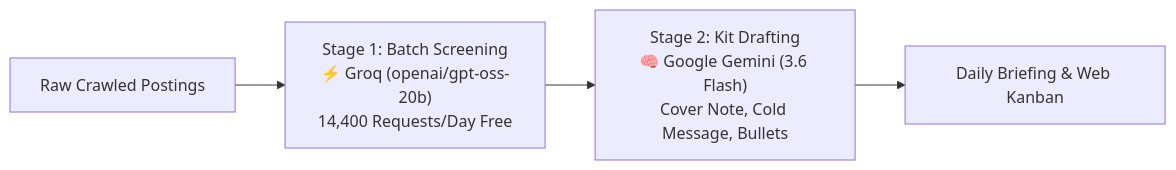
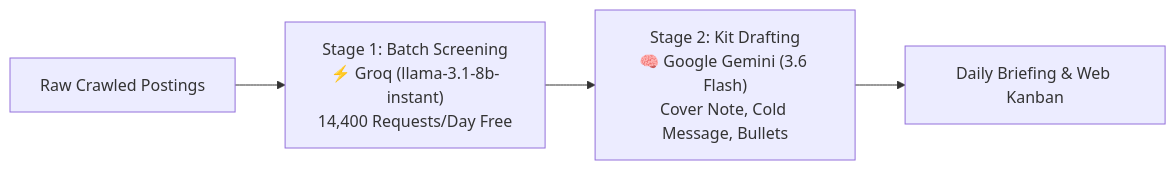
The diagram in README.md (tanish-jain-225/job-hunter), drawn with Mermaid before and after one commit. The commit also changed other lines of this file and 6 other files, not shown here.

Commit message:
fix(providers): update default Groq screening model to official llama-3.1-8b-instant

````diff
--- a/README.md
+++ b/README.md
@@ -257,6 +257,6 @@
 ```mermaid
 flowchart LR
-    A["Raw Crawled Postings"] --> B["Stage 1: Batch Screening<br/>⚡ Groq (openai/gpt-oss-20b)<br/>14,400 Requests/Day Free"]
+    A["Raw Crawled Postings"] --> B["Stage 1: Batch Screening<br/>⚡ Groq (llama-3.1-8b-instant)<br/>14,400 Requests/Day Free"]
     B --> C["Stage 2: Kit Drafting<br/>🧠 Google Gemini (3.6 Flash)<br/>Cover Note, Cold Message, Bullets"]
     C --> D["Daily Briefing & Web Kanban"]
 ```
````
